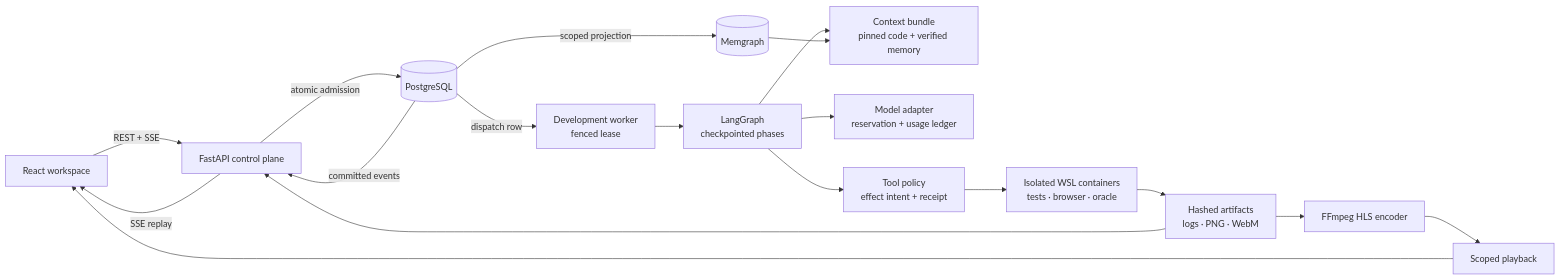
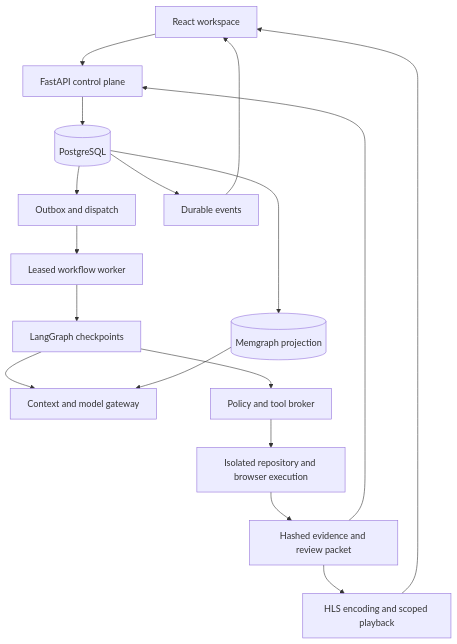
Before and after one commit to Ajey95/ai-engineering-platform: the first of 3 diagrams in README.md, drawn with Mermaid. The commit also changed other lines of this file, not shown here.

````diff
--- a/README.md
+++ b/README.md
@@ -36,20 +28,19 @@
 ```mermaid
-flowchart LR
-    UI["React workspace"] -->|REST + SSE| API["FastAPI control plane"]
-    API -->|atomic admission| DB[(PostgreSQL)]
-    DB -->|dispatch row| WORKER["Development worker<br/>fenced lease"]
-    WORKER --> GRAPH["LangGraph<br/>checkpointed phases"]
-    GRAPH --> CONTEXT["Context bundle<br/>pinned code + verified memory"]
-    GRAPH --> MODEL["Model adapter<br/>reservation + usage ledger"]
-    GRAPH --> POLICY["Tool policy<br/>effect intent + receipt"]
-    POLICY --> BOX["Isolated WSL containers<br/>tests · browser · oracle"]
-    BOX --> EVIDENCE["Hashed artifacts<br/>logs · PNG · WebM"]
-    EVIDENCE --> MEDIA["FFmpeg HLS encoder"]
-    MEDIA --> PLAYER["Scoped playback"]
-    DB -->|scoped projection| MEM[(Memgraph)]
+flowchart TB
+    UI[React workspace] --> API[FastAPI control plane]
+    API --> DB[(PostgreSQL)]
+    DB --> DISPATCH[Outbox and dispatch]
+    DISPATCH --> WORKER[Leased workflow worker]
+    WORKER --> GRAPH[LangGraph checkpoints]
+    GRAPH --> CONTEXT[Context and model gateway]
+    GRAPH --> POLICY[Policy and tool broker]
+    POLICY --> BOX[Isolated repository and browser execution]
+    BOX --> EVIDENCE[Hashed evidence and review packet]
+    EVIDENCE --> MEDIA[HLS encoding and scoped playback]
+    DB --> MEM[(Memgraph projection)]
     MEM --> CONTEXT
-    DB -->|committed events| API
-    API -->|SSE replay| UI
+    DB --> EVENTS[Durable events]
+    EVENTS --> UI
     EVIDENCE --> API
-    PLAYER --> UI
+    MEDIA --> UI
 ```
````
